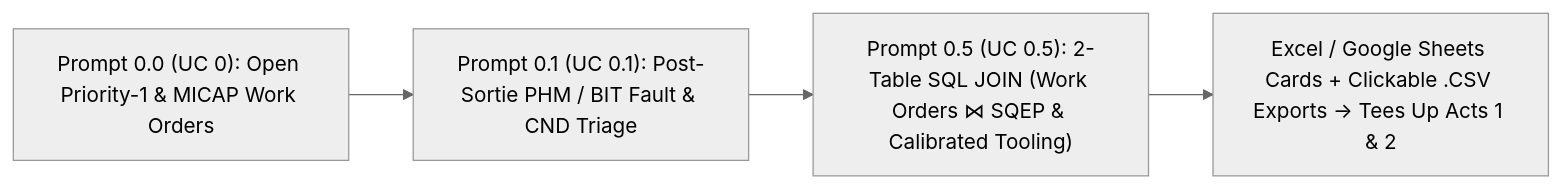
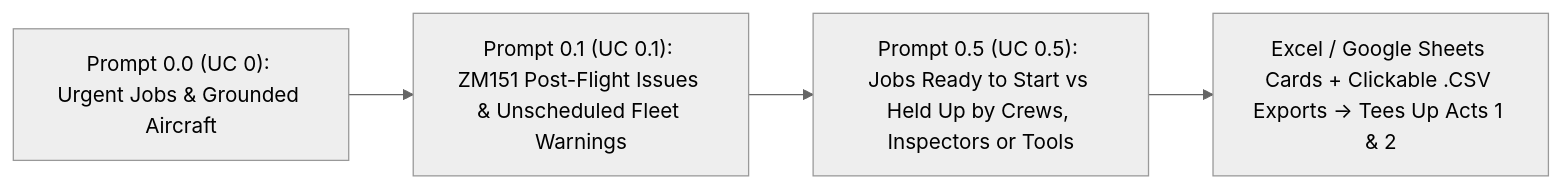
The second of 4 diagrams in DEMO_STORYBOARD.md (edwardsda-prog/f35), drawn with Mermaid (neutral theme) before and after one commit. The commit also changed other lines of this file and 5 other files, not shown here.

Commit message:
feat(uc0): integrate UC 0.1 PHM triage, UC 0.5 multi-table tooling JOIN, 900-record EU warehouse, and ISS-011

````diff
--- a/DEMO_STORYBOARD.md
+++ b/DEMO_STORYBOARD.md
@@ -51,6 +51,6 @@
 ```mermaid
 flowchart LR
-    U0["Prompt 0.0 (UC 0): Open Priority-1 & MICAP Work Orders"] --> U01["Prompt 0.1 (UC 0.1): Post-Sortie PHM / BIT Fault & CND Triage"]
-    U01 --> U05["Prompt 0.5 (UC 0.5): 2-Table SQL JOIN (Work Orders ⋈ SQEP & Calibrated Tooling)"]
+    U0["Prompt 0.0 (UC 0): Urgent Jobs & Grounded Aircraft"] --> U01["Prompt 0.1 (UC 0.1): ZM151 Post-Flight Issues & Unscheduled Fleet Warnings"]
+    U01 --> U05["Prompt 0.5 (UC 0.5): Jobs Ready to Start vs Held Up by Crews, Inspectors or Tools"]
     U05 --> E0["Excel / Google Sheets Cards + Clickable .CSV Exports -> Tees Up Acts 1 & 2"]
 ```
````
